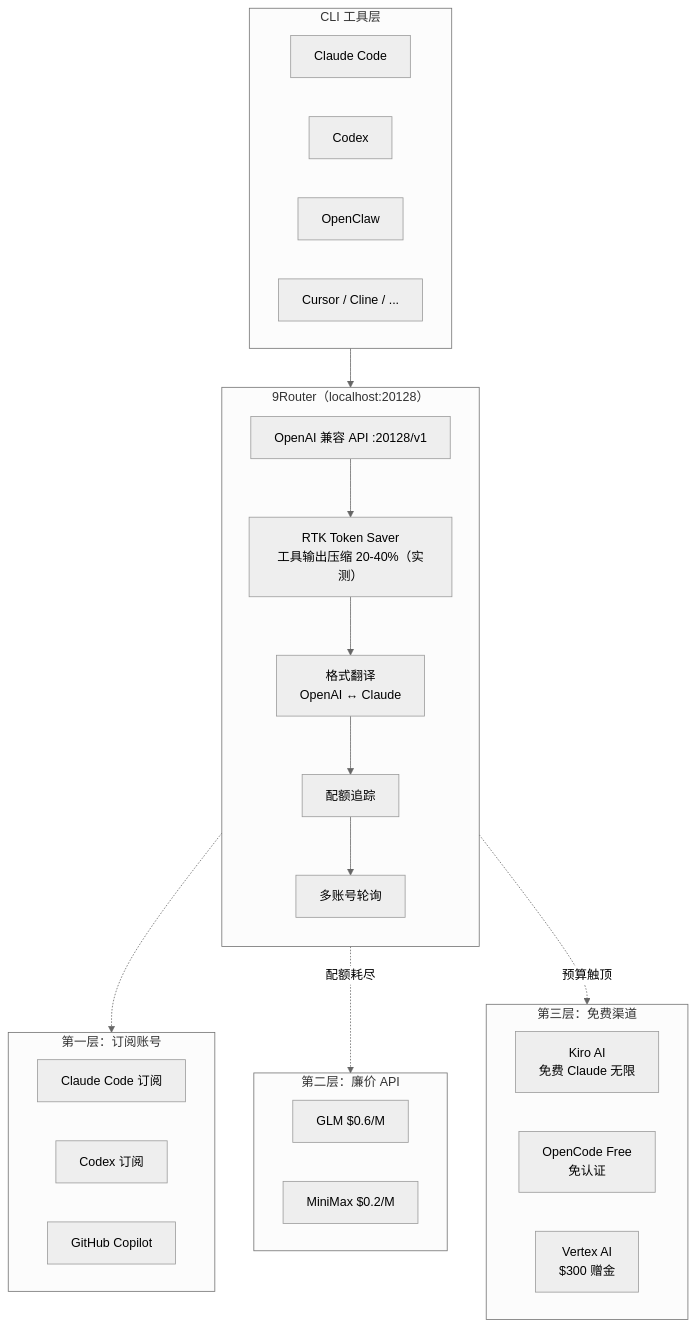
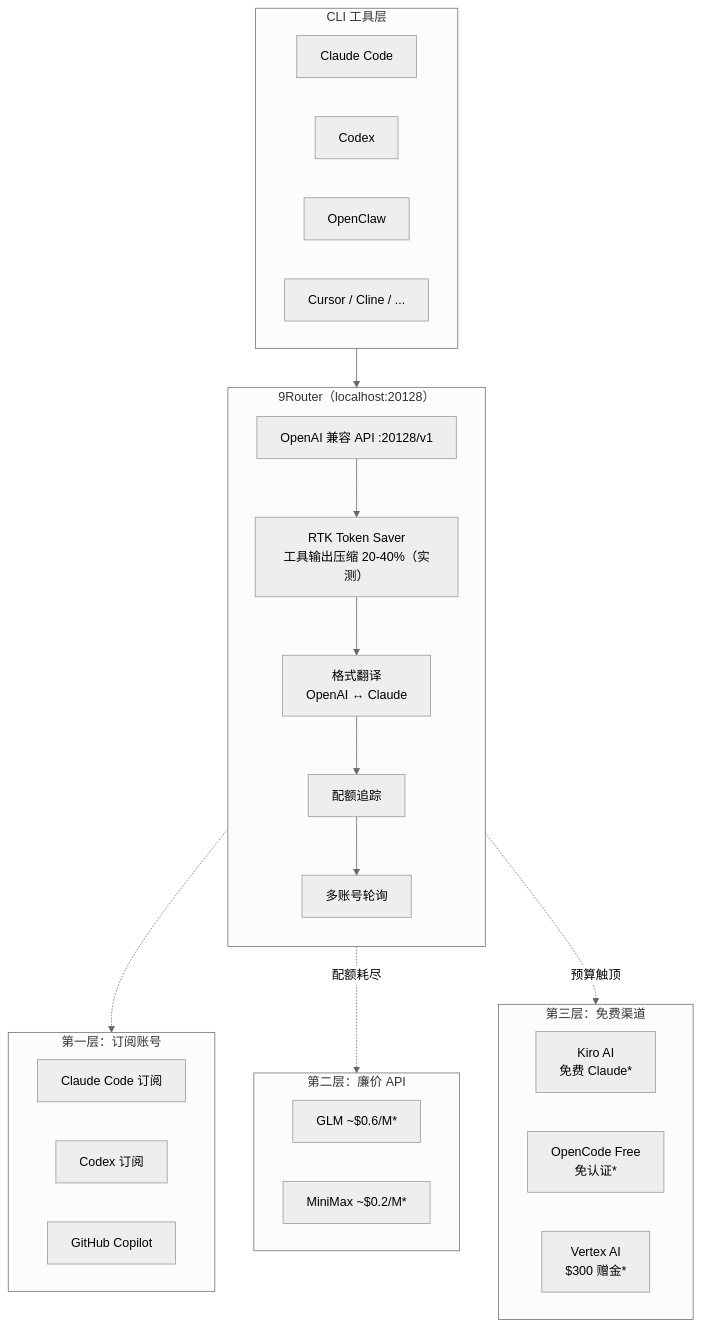
The diagram in content/posts/tech/9router-ultimate-router-guide.md (A1pha3/text-matrix), drawn with Mermaid (neutral theme) before and after one commit. The commit also changed other lines of this file and 70 other files, not shown here.

````diff
--- a/content/posts/tech/9router-ultimate-router-guide.md
+++ b/content/posts/tech/9router-ultimate-router-guide.md
@@ -56,45 +59,45 @@
 ```mermaid
 flowchart TB
  subgraph CLI["CLI 工具层"]
  CC["Claude Code"]
  CX["Codex"]
  OC["OpenClaw"]
  CS["Cursor / Cline / ..."]
  end
 
  subgraph Router["9Router（localhost:20128）"]
  direction TB
  API["OpenAI 兼容 API :20128/v1"]
  RTK["RTK Token Saver<br/>工具输出压缩 20-40%（实测）"]
  FMT["格式翻译<br/>OpenAI ↔ Claude"]
  QT["配额追踪"]
  LB["多账号轮询"]
 
  API --> RTK
  RTK --> FMT
  FMT --> QT
  QT --> LB
  end
 
  subgraph Tier1["第一层：订阅账号"]
  CCSub["Claude Code 订阅"]
  CXSub["Codex 订阅"]
  GHSub["GitHub Copilot"]
  end
 
  subgraph Tier2["第二层：廉价 API"]
- GLM["GLM $0.6/M"]
- MM["MiniMax $0.2/M"]
+ GLM["GLM ~$0.6/M*"]
+ MM["MiniMax ~$0.2/M*"]
  end
 
  subgraph Tier3["第三层：免费渠道"]
- Kiro["Kiro AI<br/>免费 Claude 无限"]
- OpenCodeF["OpenCode Free<br/>免认证"]
- Vertex["Vertex AI<br/>$300 赠金"]
+ Kiro["Kiro AI<br/>免费 Claude*"]
+ OpenCodeF["OpenCode Free<br/>免认证*"]
+ Vertex["Vertex AI<br/>$300 赠金*"]
  end
 
  CLI --> API
  LB -.-> Tier1
  LB -.配额耗尽.-> Tier2
  LB -.预算触顶.-> Tier3
 ```
````
